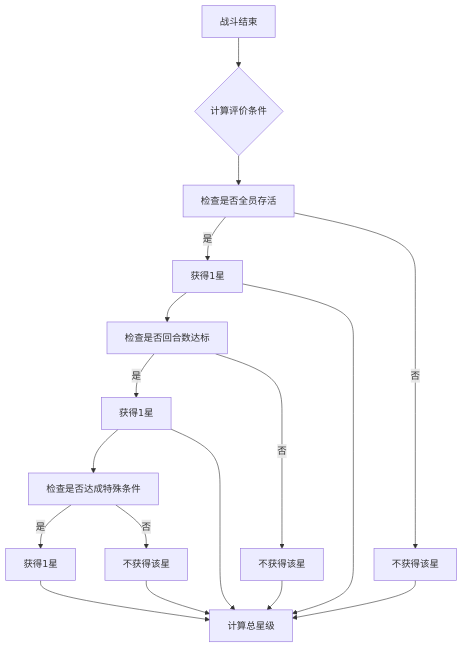
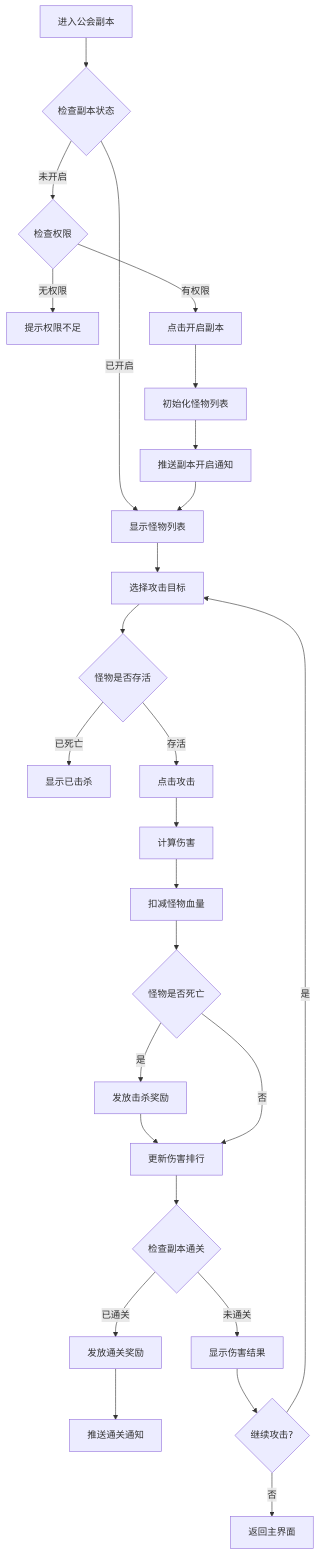
Before and after one commit to Alan-Ben/k2c_game_framework: the fourth of 6 diagrams in docs/Module_Dungeon/05_完整说明.md, drawn with Mermaid. The commit also changed other lines of this file and 75 other files, not shown here.

````diff
--- a/docs/Module_Dungeon/05_完整说明.md
+++ b/docs/Module_Dungeon/05_完整说明.md
@@ -123,19 +184,28 @@
 ```mermaid
 flowchart TD
-    A[战斗结束] --> B{计算评价条件}
-    B --> C[检查是否全员存活]
-    C -->|是| D[获得1星]
-    C -->|否| E[不获得该星]
-    D --> F[检查是否回合数达标]
-    F -->|是| G[获得1星]
-    F -->|否| H[不获得该星]
-    G --> I[检查是否达成特殊条件]
-    I -->|是| J[获得1星]
-    I -->|否| K[不获得该星]
-    D --> L[计算总星级]
-    E --> L
-    G --> L
-    H --> L
-    J --> L
-    K --> L
+    A[进入公会副本] --> B{检查副本状态}
+    B -->|未开启| C{检查权限}
+    C -->|无权限| D[提示权限不足]
+    C -->|有权限| E[点击开启副本]
+    E --> F[初始化怪物列表]
+    F --> G[推送副本开启通知]
+    B -->|已开启| H[显示怪物列表]
+    G --> H
+    H --> I[选择攻击目标]
+    I --> J{怪物是否存活}
+    J -->|已死亡| K[显示已击杀]
+    J -->|存活| L[点击攻击]
+    L --> M[计算伤害]
+    M --> N[扣减怪物血量]
+    N --> O{怪物是否死亡}
+    O -->|是| P[发放击杀奖励]
+    P --> Q[更新伤害排行]
+    O -->|否| Q
+    Q --> R{检查副本通关}
+    R -->|未通关| S[显示伤害结果]
+    R -->|已通关| T[发放通关奖励]
+    T --> U[推送通关通知]
+    S --> V{继续攻击?}
+    V -->|是| I
+    V -->|否| W[返回主界面]
 ```
````
